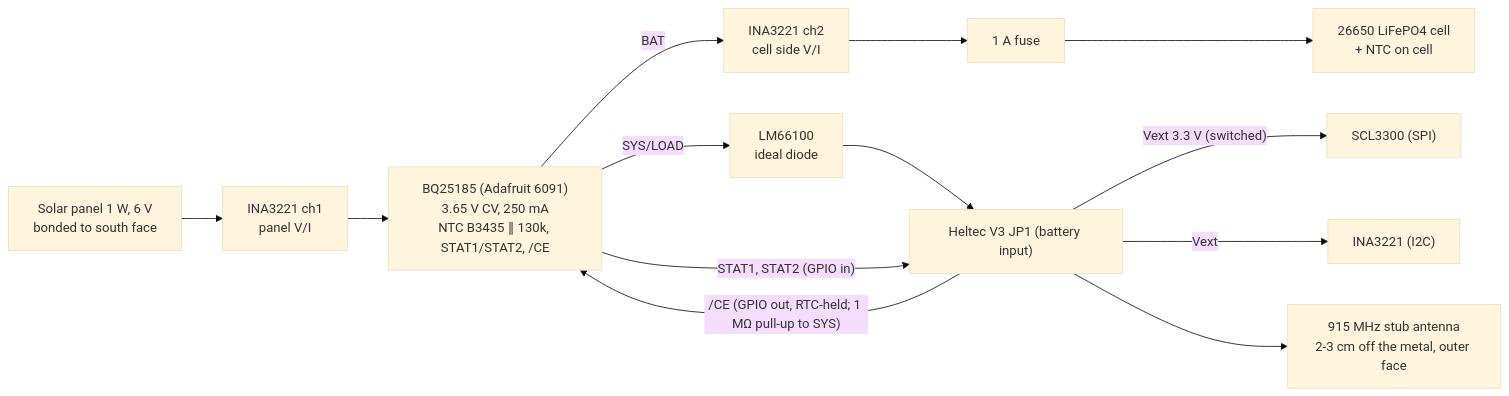
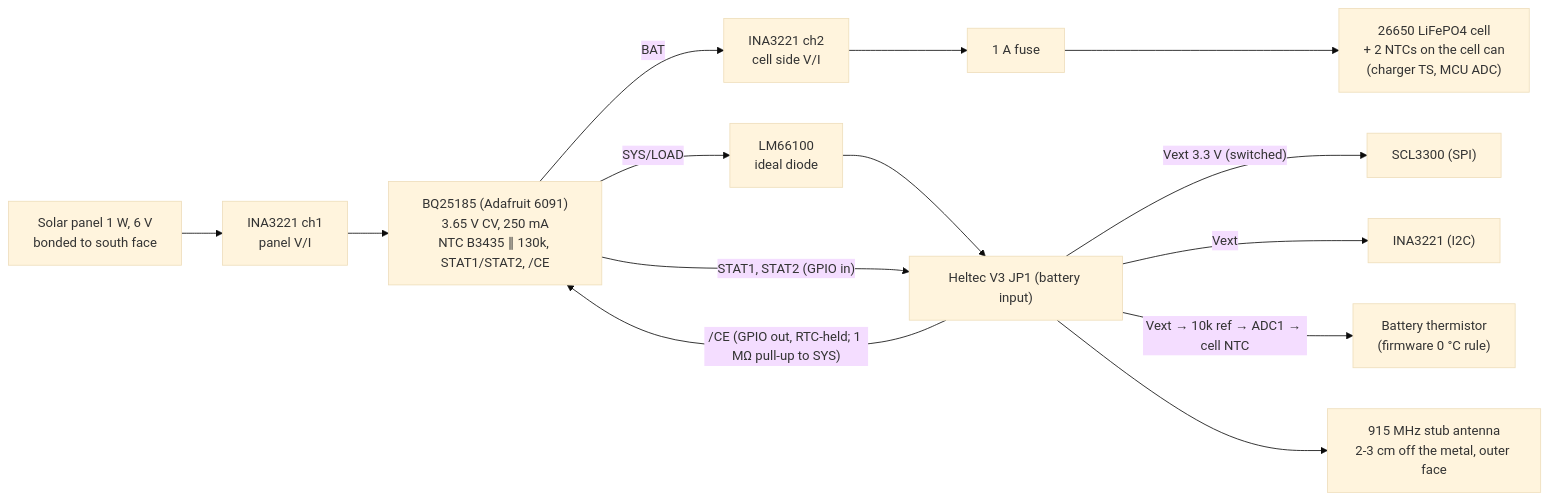
One commit to nickdnj/lora-ramp-tide-sensor changed the second of 6 diagrams in docs/ARCHITECTURE.md. Above: the diagram before and after it, drawn with Mermaid (base theme). The commit also changed other lines of this file and 7 other files, not shown here.

````diff
--- a/docs/ARCHITECTURE.md
+++ b/docs/ARCHITECTURE.md
@@ -191,14 +229,15 @@
 ```mermaid
 graph LR
     Panel["Solar panel 1 W, 6 V<br/>bonded to south face"] --> INAp["INA3221 ch1<br/>panel V/I"]
     INAp --> Chg["BQ25185 (Adafruit 6091)<br/>3.65 V CV, 250 mA<br/>NTC B3435 ∥ 130k, STAT1/STAT2, /CE"]
     Chg -- "BAT" --> INAb["INA3221 ch2<br/>cell side V/I"]
-    INAb --> Fuse["1 A fuse"] --> Bat["26650 LiFePO4 cell<br/>+ NTC on cell"]
+    INAb --> Fuse["1 A fuse"] --> Bat["26650 LiFePO4 cell<br/>+ 2 NTCs on the cell can<br/>(charger TS, MCU ADC)"]
     Chg -- "SYS/LOAD" --> LM["LM66100<br/>ideal diode"]
     LM --> Board["Heltec V3 JP1 (battery input)"]
     Board -- "Vext 3.3 V (switched)" --> SCL["SCL3300 (SPI)"]
     Board -- "Vext" --> INA["INA3221 (I2C)"]
+    Board -- "Vext → 10k ref → ADC1 → cell NTC" --> TB["Battery thermistor<br/>(firmware 0 °C rule)"]
     Chg -- "STAT1, STAT2 (GPIO in)" --> Board
     Board -- "/CE (GPIO out, RTC-held; 1 MΩ pull-up to SYS)" --> Chg
     Board --> Ant["915 MHz stub antenna<br/>2-3 cm off the metal, outer face"]
 ```
````
